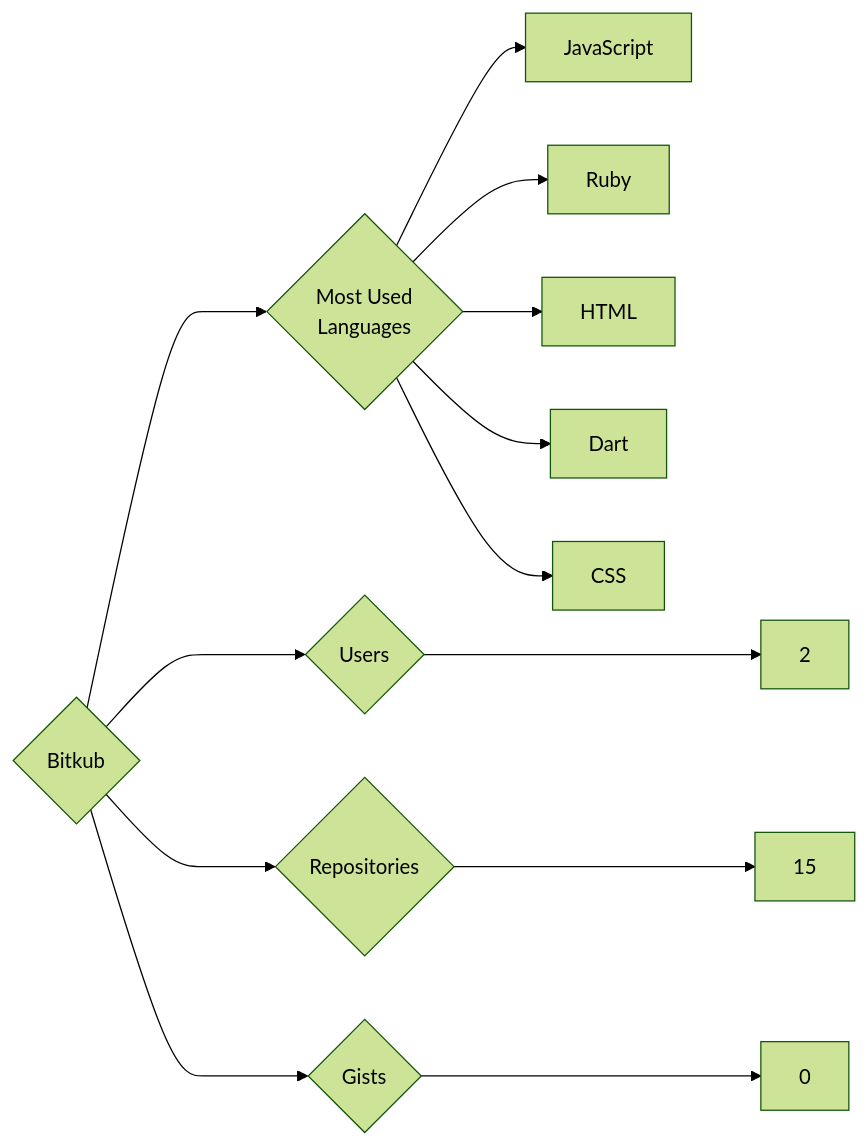
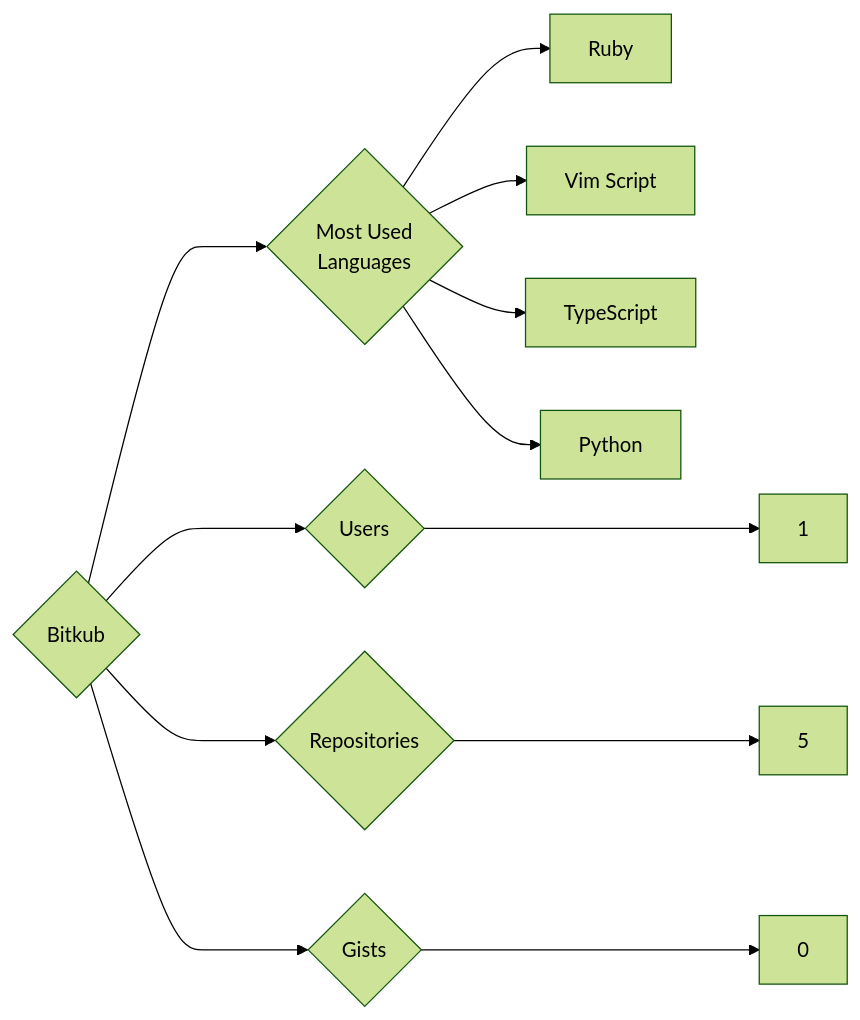
The diagram in targets/Bitkub/README.md (trickest/insiders), drawn with Mermaid (forest theme) before and after one commit. The commit also changed 1007 other files, not shown here.

````diff
--- a/targets/Bitkub/README.md
+++ b/targets/Bitkub/README.md
@@ -3,13 +3,12 @@
 ```mermaid
 graph LR
 COMPANY_NAME{Bitkub}
-COMPANY_NAME ---> U{Users} ---> UN[2]
-COMPANY_NAME ---> R{Repositories} ---> RN[15]
+COMPANY_NAME ---> U{Users} ---> UN[1]
+COMPANY_NAME ---> R{Repositories} ---> RN[5]
 COMPANY_NAME ---> G{Gists} ---> GN[0]
 COMPANY_NAME ---> ML{Most Used<br>Languages}
-ML --> JavaScript[JavaScript]
 ML --> Ruby[Ruby]
-ML --> HTML[HTML]
-ML --> Dart[Dart]
-ML --> CSS[CSS]
+ML --> Vim_Script[Vim Script]
+ML --> TypeScript[TypeScript]
+ML --> Python[Python]
 ```
````
